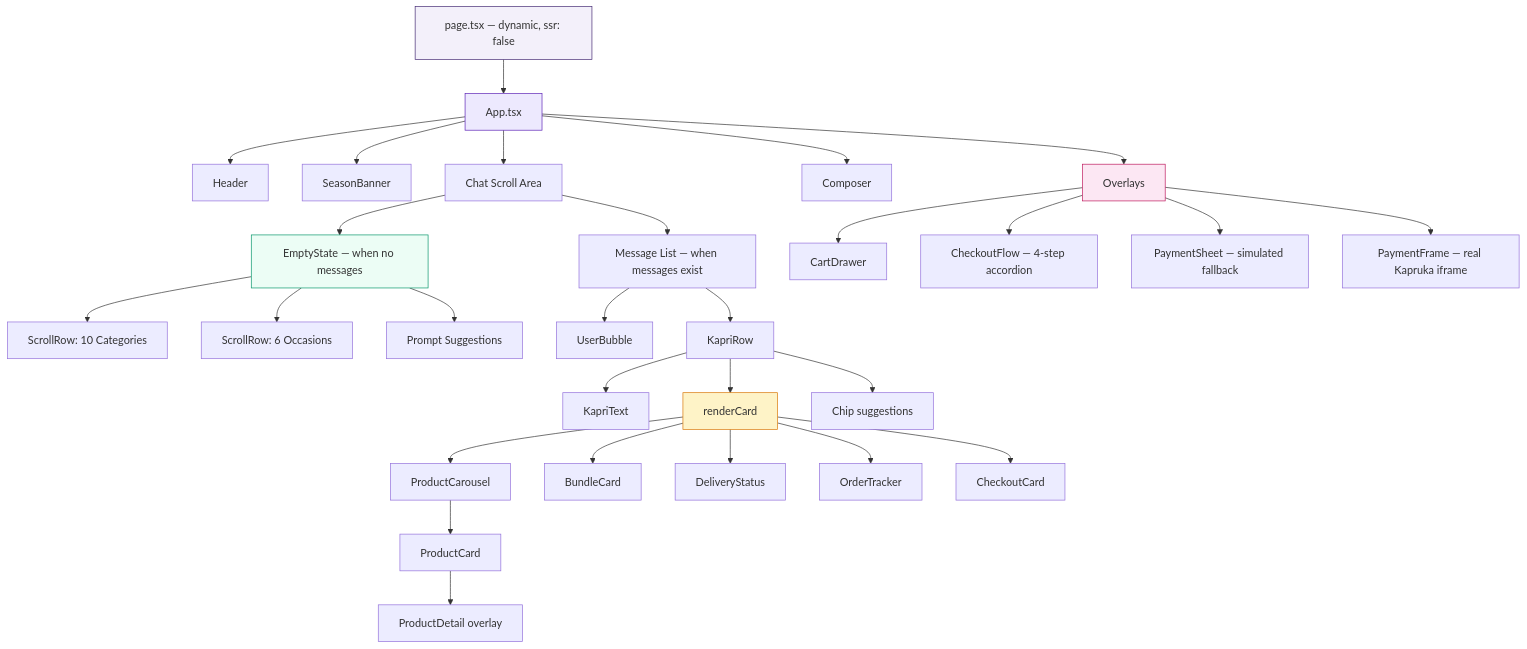
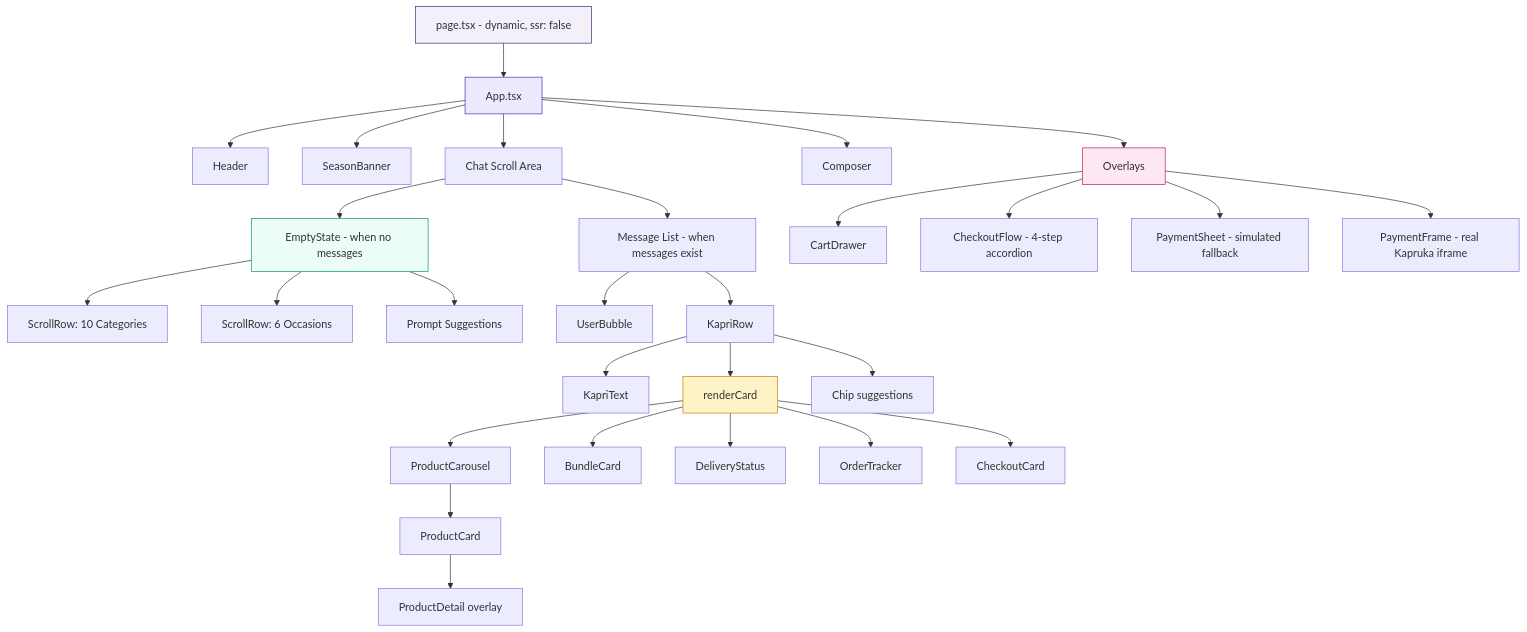
Before and after one commit to LasaKaru/kapri: the eighth of 8 diagrams in README.md, drawn with Mermaid. The commit also changed other lines of this file, not shown here.

First line of the commit message:
docs: make all README mermaid diagrams GitHub-renderable

````diff
--- a/README.md
+++ b/README.md
@@ -413,43 +415,43 @@
 ```mermaid
 graph TD
-    PAGE["page.tsx — dynamic, ssr: false"] --> APP["App.tsx"]
+    PAGE["page.tsx - dynamic, ssr: false"] --> APP["App.tsx"]
 
     APP --> HEADER["Header"]
     APP --> SEASON["SeasonBanner"]
     APP --> SCROLL["Chat Scroll Area"]
     APP --> COMPOSER["Composer"]
     APP --> OVERLAYS["Overlays"]
 
-    SCROLL --> EMPTY["EmptyState — when no messages"]
-    SCROLL --> MSGS["Message List — when messages exist"]
+    SCROLL --> EMPTY["EmptyState - when no messages"]
+    SCROLL --> MSGS["Message List - when messages exist"]
 
     EMPTY --> SROW1["ScrollRow: 10 Categories"]
     EMPTY --> SROW2["ScrollRow: 6 Occasions"]
     EMPTY --> PROMPTS["Prompt Suggestions"]
 
     MSGS --> UB["UserBubble"]
     MSGS --> KR["KapriRow"]
     KR --> KT["KapriText"]
     KR --> CARD["renderCard"]
     KR --> CHIPS["Chip suggestions"]
 
     CARD --> PC["ProductCarousel"]
     CARD --> BC["BundleCard"]
     CARD --> DS["DeliveryStatus"]
     CARD --> OT["OrderTracker"]
     CARD --> CHK["CheckoutCard"]
 
     PC --> PCARD["ProductCard"]
     PCARD --> PD["ProductDetail overlay"]
 
     OVERLAYS --> CARTD["CartDrawer"]
-    OVERLAYS --> CHKF["CheckoutFlow — 4-step accordion"]
-    OVERLAYS --> PAYS["PaymentSheet — simulated fallback"]
-    OVERLAYS --> PAYF["PaymentFrame — real Kapruka iframe"]
+    OVERLAYS --> CHKF["CheckoutFlow - 4-step accordion"]
+    OVERLAYS --> PAYS["PaymentSheet - simulated fallback"]
+    OVERLAYS --> PAYF["PaymentFrame - real Kapruka iframe"]
 
     style PAGE fill:#f3f0fa,stroke:#442A73
     style APP fill:#ede9fe,stroke:#5b21b6
     style CARD fill:#fef3c7,stroke:#d97706
     style OVERLAYS fill:#fce7f3,stroke:#be185d
     style EMPTY fill:#ecfdf5,stroke:#059669
 ```
````
